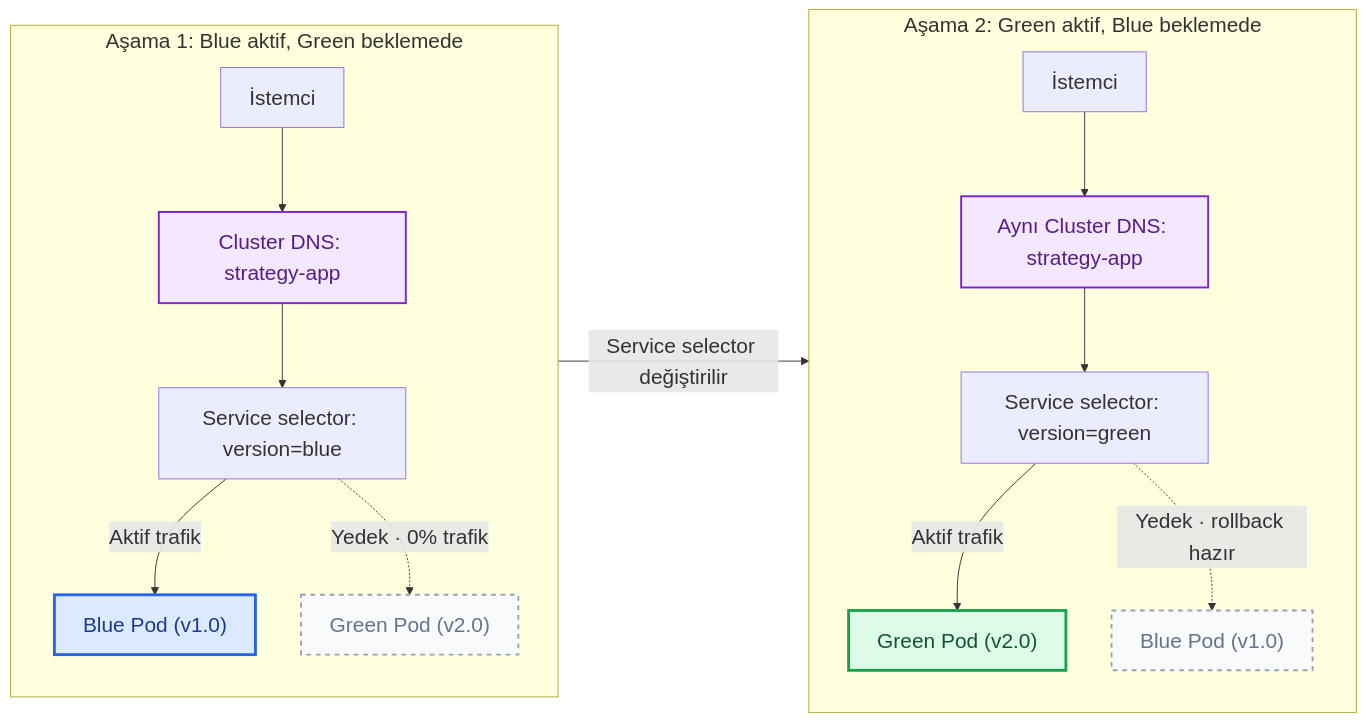
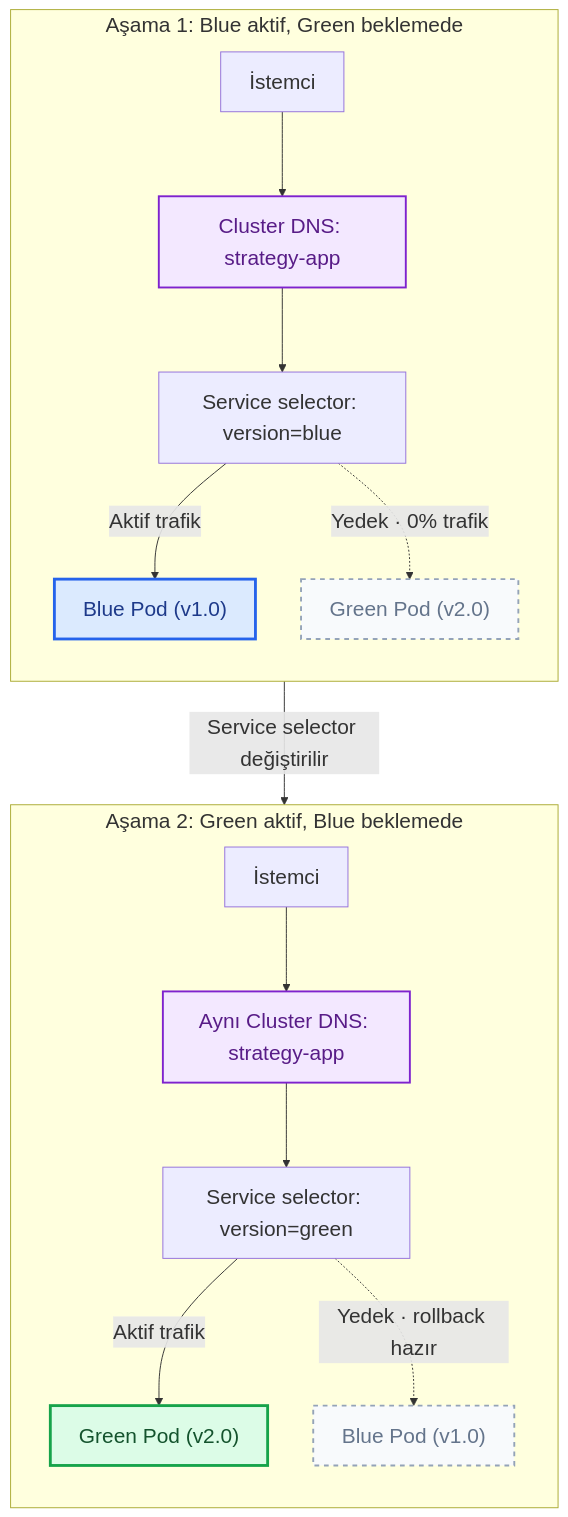
Before and after one commit to MTugce/k8s-labs: the third of 4 diagrams in lab-08-deployment-strategies/README.md, drawn with Mermaid.

Commit message:
Stack Blue-Green stages vertically

````diff
--- a/lab-08-deployment-strategies/README.md
+++ b/lab-08-deployment-strategies/README.md
@@ -299,28 +299,28 @@
 ```mermaid
 %%{init: {'themeVariables': {'fontSize': '22px'}, 'flowchart': {'nodeSpacing': 48, 'rankSpacing': 64, 'useMaxWidth': false}}}%%
-flowchart LR
+flowchart TB
   accTitle: Blue-Green trafik geçişi
   accDescr: Aynı Kubernetes Service DNS adı üzerinden önce Blue sürümüne, sonra Service selector değişince Green sürümüne trafik aktarımını gösterir.
   subgraph Stage1["Aşama 1: Blue aktif, Green beklemede"]
     direction TB
     CB["İstemci"] --> DNS1["Cluster DNS: strategy-app"] --> SB["Service selector: version=blue"]
     SB -->|Aktif trafik| B1["Blue Pod (v1.0)"]
     SB -.->|Yedek · 0% trafik| G1["Green Pod (v2.0)"]
   end
   subgraph Stage2["Aşama 2: Green aktif, Blue beklemede"]
     direction TB
     CG["İstemci"] --> DNS2["Aynı Cluster DNS: strategy-app"] --> SG["Service selector: version=green"]
     SG -->|Aktif trafik| G2["Green Pod (v2.0)"]
     SG -.->|Yedek · rollback hazır| B2["Blue Pod (v1.0)"]
   end
   Stage1 -->|Service selector değiştirilir| Stage2
 
   classDef dns fill:#f3e8ff,stroke:#7e22ce,stroke-width:2px,color:#581c87
   classDef blue fill:#dbeafe,stroke:#2563eb,stroke-width:3px,color:#1e3a8a
   classDef green fill:#dcfce7,stroke:#16a34a,stroke-width:3px,color:#14532d
   classDef standby fill:#f8fafc,stroke:#94a3b8,stroke-width:2px,stroke-dasharray:5 5,color:#64748b
   class DNS1,DNS2 dns
   class B1 blue
   class G2 green
   class B2,G1 standby
 ```
````
